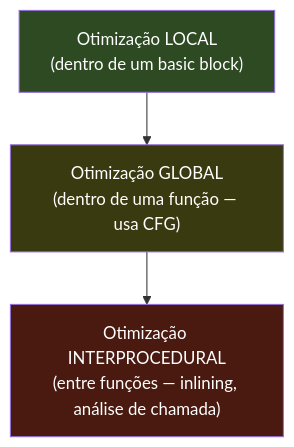
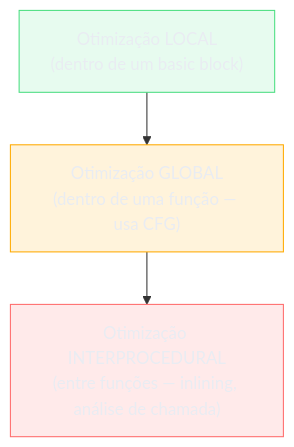
The first of 6 diagrams in 03-Dominios/Ciência/Compiladores e Linguagens/12 - Otimização.md (josenaldo/codex-technomanticus), drawn with Mermaid before and after one commit. The commit also changed 1181 other files, not shown here.

First line of the commit message:
fix(diagramas): paleta do sistema no lugar de cor cravada no markdown

````diff
--- a/03-Dominios/Ciência/Compiladores e Linguagens/12 - Otimização.md
+++ b/03-Dominios/Ciência/Compiladores e Linguagens/12 - Otimização.md
@@ -47,9 +47,12 @@
 ```mermaid
 graph TD
+    classDef ok fill:#4ADE8021,stroke:#4ADE80,color:#E9ECF2
+    classDef destaque fill:#FFAA0024,stroke:#FFAA00,color:#E9ECF2
+    classDef falha fill:#FF6B6B24,stroke:#FF6B6B,color:#E9ECF2
     A["Otimização LOCAL<br/>(dentro de um basic block)"] --> B["Otimização GLOBAL<br/>(dentro de uma função — usa CFG)"]
     B --> C["Otimização INTERPROCEDURAL<br/>(entre funções — inlining, análise de chamada)"]
 
-    style A fill:#2d4a22,color:#fff
-    style B fill:#3a3a10,color:#fff
-    style C fill:#4a1a10,color:#fff
+    class A ok
+    class B destaque
+    class C falha
 ```
````
